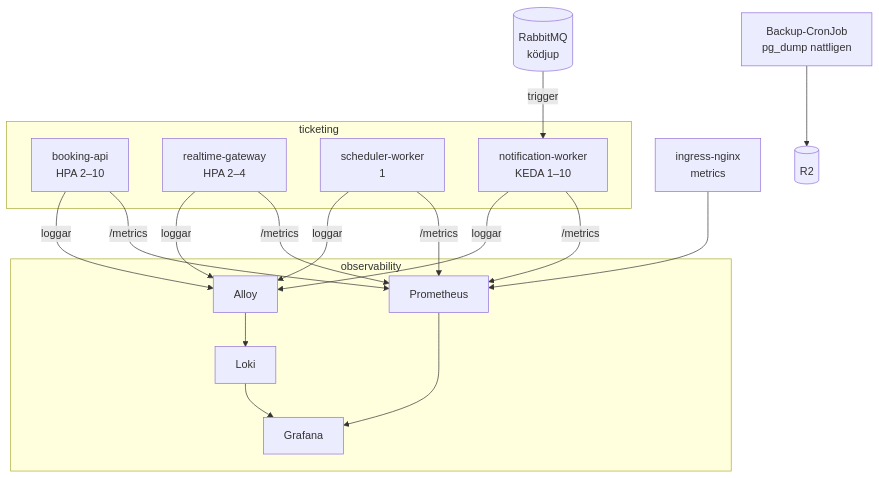
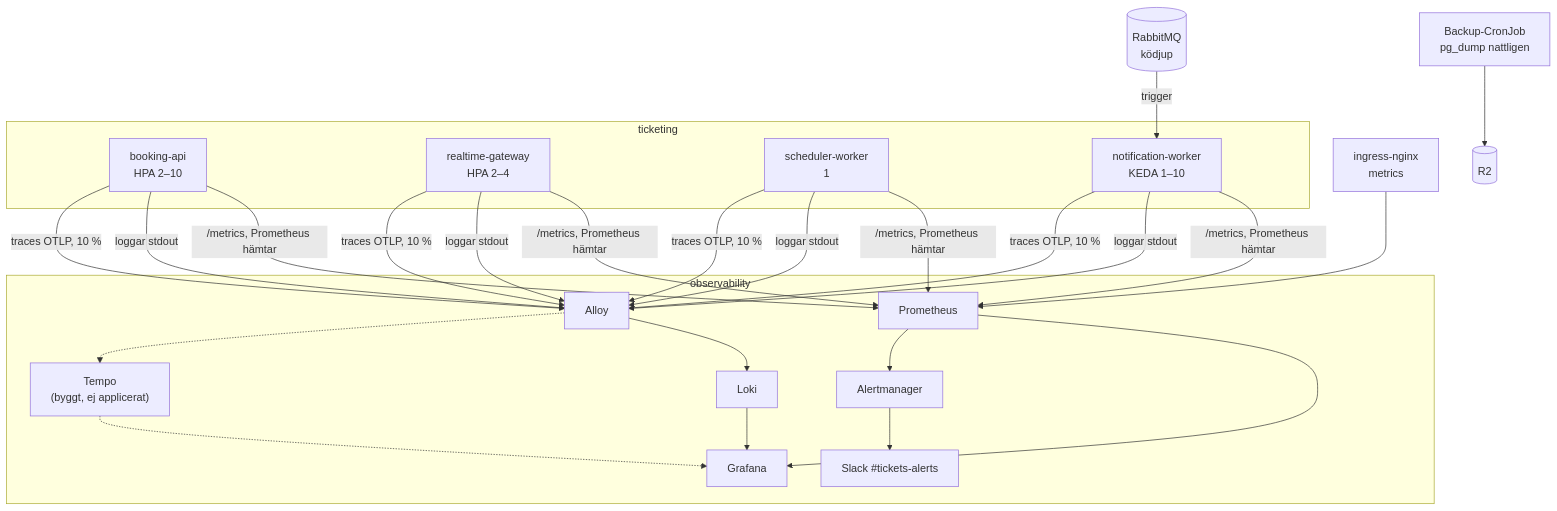
Before and after one commit to siensky/tickets: the fifth of 5 diagrams in docs/architecture.md, drawn with Mermaid. The commit also changed other lines of this file and 60 other files, not shown here.

````diff
--- a/docs/architecture.md
+++ b/docs/architecture.md
@@ -92,18 +180,21 @@
 ```mermaid
 flowchart TB
   subgraph ticketing
     BA[booking-api<br/>HPA 2–10]
     RG[realtime-gateway<br/>HPA 2–4]
     SW[scheduler-worker<br/>1]
     NW[notification-worker<br/>KEDA 1–10]
   end
   subgraph observability
     PR[Prometheus] --> GR[Grafana]
     AL[Alloy] --> LO[Loki] --> GR
+    AL -.-> TE["Tempo<br/>(byggt, ej applicerat)"] -.-> GR
+    PR --> AM[Alertmanager] --> SL[Slack #tickets-alerts]
   end
-  BA & RG & SW & NW -->|/metrics| PR
-  BA & RG & SW & NW -->|loggar| AL
+  BA & RG & SW & NW -->|/metrics, Prometheus hämtar| PR
+  BA & RG & SW & NW -->|loggar stdout| AL
+  BA & RG & SW & NW -->|traces OTLP, 10 %| AL
   IN[ingress-nginx<br/>metrics] --> PR
   RQ[(RabbitMQ<br/>ködjup)] -->|trigger| NW
   CJ[Backup-CronJob<br/>pg_dump nattligen] --> R2[(R2)]
 ```
````
